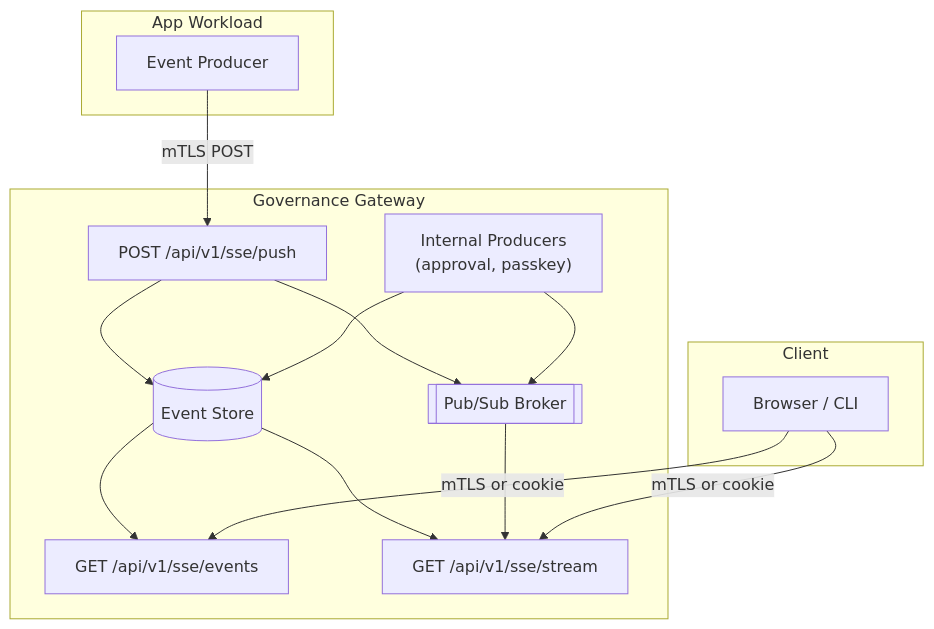
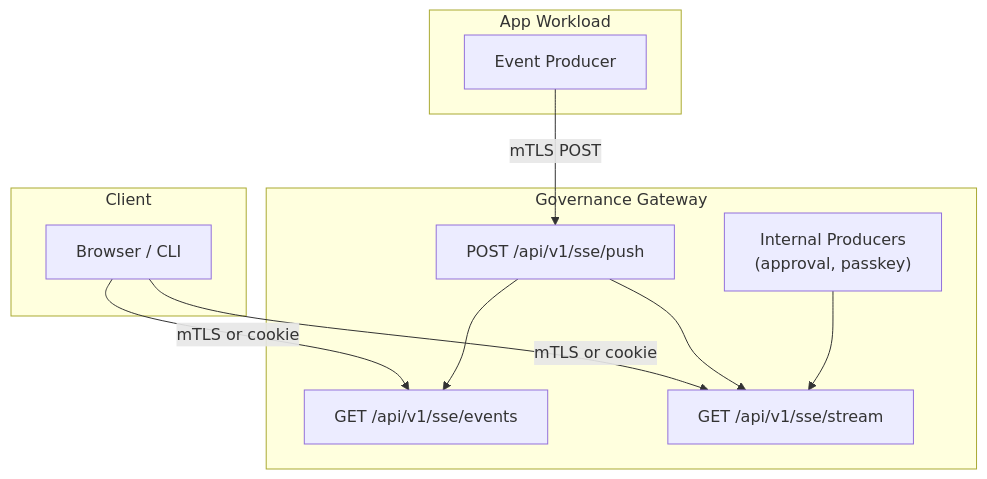
The diagram in docs/architecture/sse.md (g8e-ai/g8e), drawn with Mermaid before and after one commit. The commit also changed other lines of this file and 109 other files, not shown here.

````diff
--- a/docs/architecture/sse.md
+++ b/docs/architecture/sse.md
@@ -33,30 +28,24 @@
 ```mermaid
 flowchart TD
     subgraph App ["App Workload"]
         producer["Event Producer"]
     end
 
     subgraph Gateway ["Governance Gateway"]
         push["POST /api/v1/sse/push"]
         internal["Internal Producers\n(approval, passkey)"]
-        db[("Event Store")]
         events["GET /api/v1/sse/events"]
         stream["GET /api/v1/sse/stream"]
-        pubsub[["Pub/Sub Broker"]]
     end
 
     subgraph Client ["Client"]
         browser["Browser / CLI"]
     end
 
     producer -- "mTLS POST" --> push
-    push --> db
-    push --> pubsub
-    internal --> db
-    internal --> pubsub
-    db --> events
-    db --> stream
-    pubsub --> stream
+    internal --> stream
+    push --> stream
+    push --> events
     browser -- "mTLS or cookie" --> stream
     browser -- "mTLS or cookie" --> events
 ```
````
